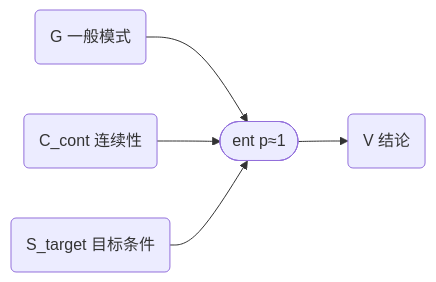
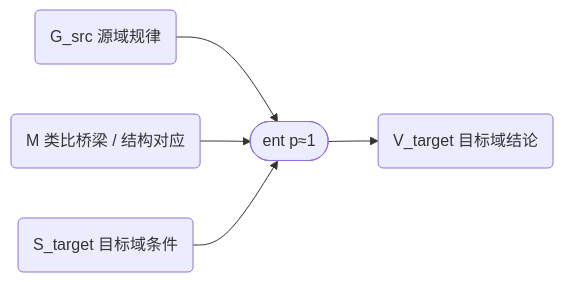
One commit to SiliconEinstein/Gaia changed the third of 9 diagrams in docs/foundations/theory/science-formalization.md. Above: the diagram before and after it, drawn with Mermaid. The commit also changed other lines of this file, not shown here.

````diff
--- a/docs/foundations/theory/science-formalization.md
+++ b/docs/foundations/theory/science-formalization.md
@@ -105,7 +110,7 @@
 ```mermaid
 graph LR
-    G("G 一般模式") --> f(["ent p≈1"])
-    Ccont("C_cont 连续性") --> f
-    St("S_target 目标条件") --> f
-    f --> V("V 结论")
+    Gs("G_src 源域规律") --> f(["ent p≈1"])
+    M("M 类比桥梁 / 结构对应") --> f
+    St("S_target 目标域条件") --> f
+    f --> Vt("V_target 目标域结论")
 ```
````
